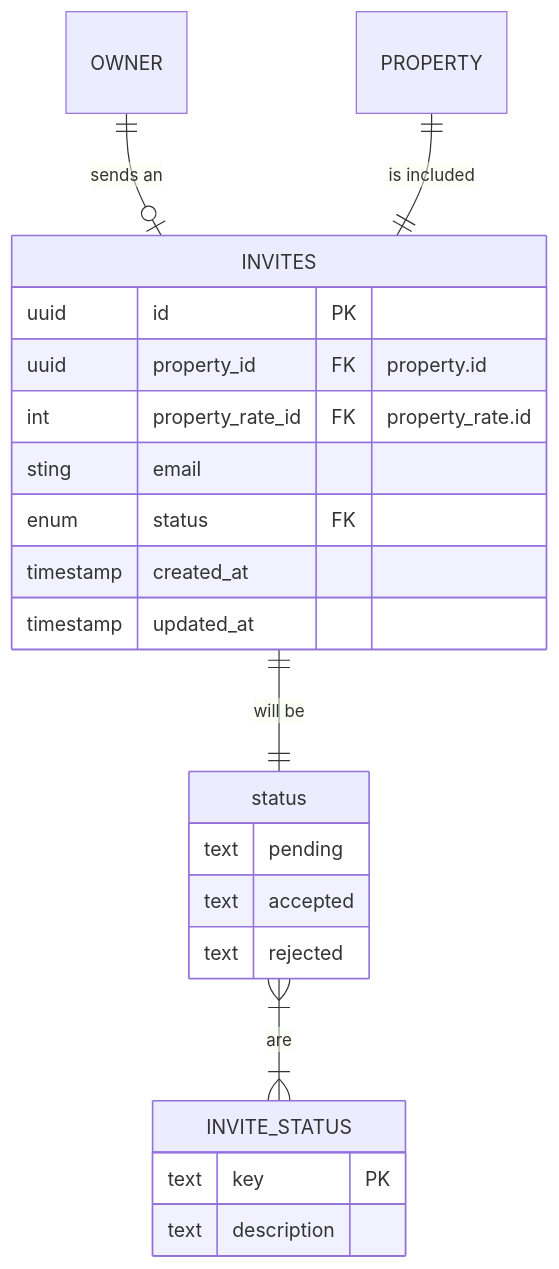
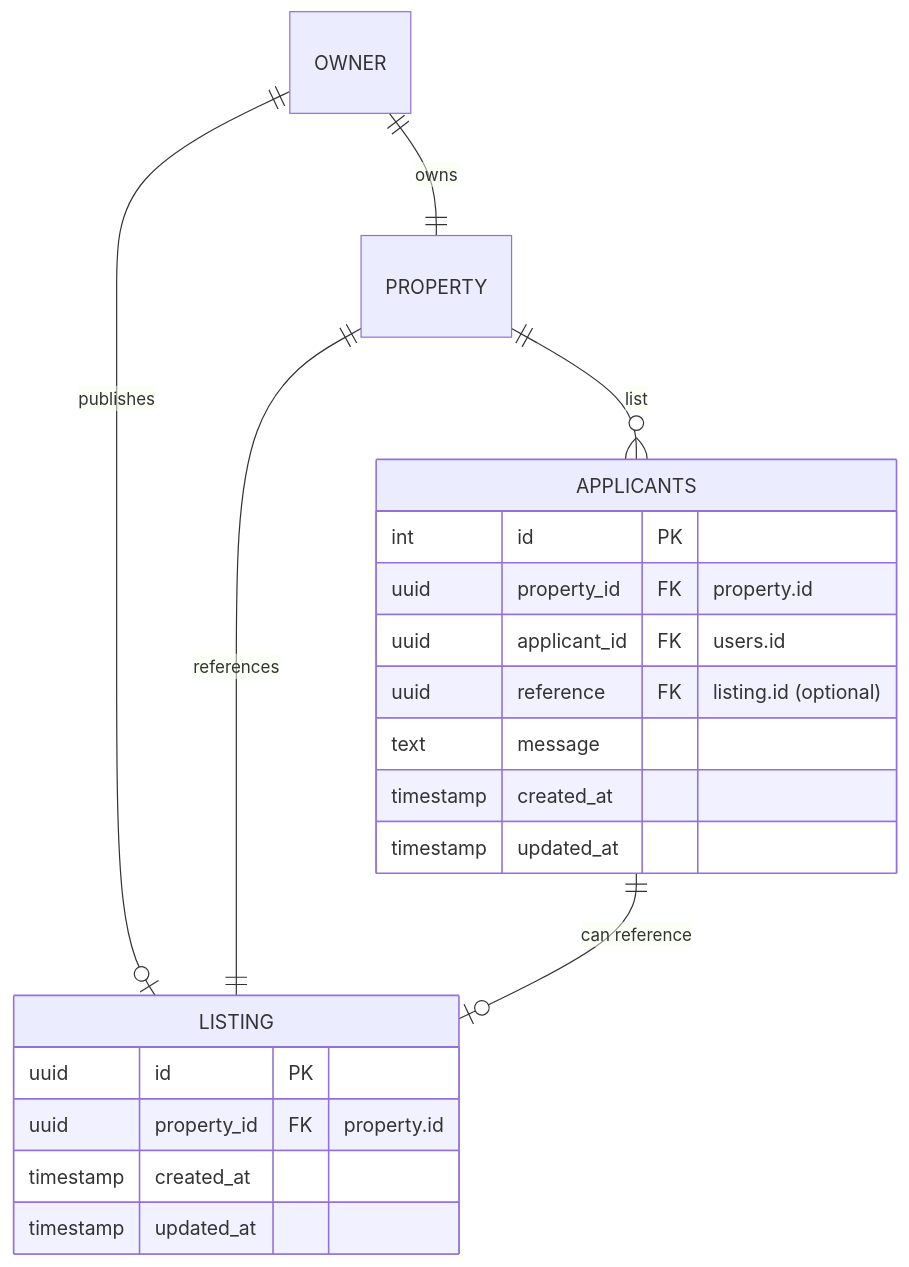
The third of 3 diagrams in docs/ERD.md (UpBrewTech/project-leasa), drawn with Mermaid before and after one commit. The commit also changed other lines of this file and 1 other file, not shown here.

Commit message:
erd and sd update

````diff
--- a/docs/ERD.md
+++ b/docs/ERD.md
@@ -96,30 +93,26 @@
 ```mermaid
 erDiagram
 
-INVITES {
-    uuid id PK
+APPLICANTS {
+    int id PK
     uuid property_id FK "property.id"
-    int property_rate_id FK "property_rate.id"
-    sting email
-    enum status FK ""
+    uuid applicant_id FK "users.id"
+    uuid reference FK "listing.id (optional)"
+    text message
     timestamp created_at
     timestamp updated_at
 }
 
-INVITE_STATUS {
-    text key PK
-    text description
+LISTING {
+    uuid id PK
+    uuid property_id FK "property.id"
+    timestamp created_at
+    timestamp updated_at
 }
 
-status {
-    text pending
-    text accepted
-    text rejected
-}
-
-
-OWNER ||--o| INVITES: "sends an"
-PROPERTY ||--|| INVITES : "is included"
-INVITES ||--|| status : "will be"
-status }|--|{ INVITE_STATUS : "are"
+OWNER ||--o| LISTING : "publishes"
+OWNER ||--|| PROPERTY: "owns"
+PROPERTY ||--|| LISTING : "references"
+PROPERTY ||--o{ APPLICANTS : "list"
+APPLICANTS ||--o| LISTING : "can reference"
 ```
````
